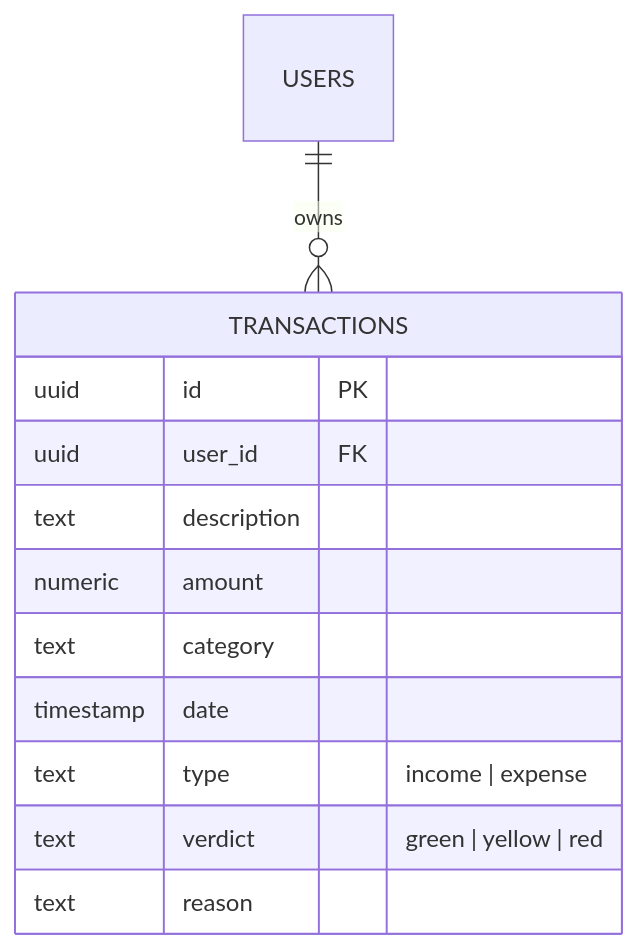
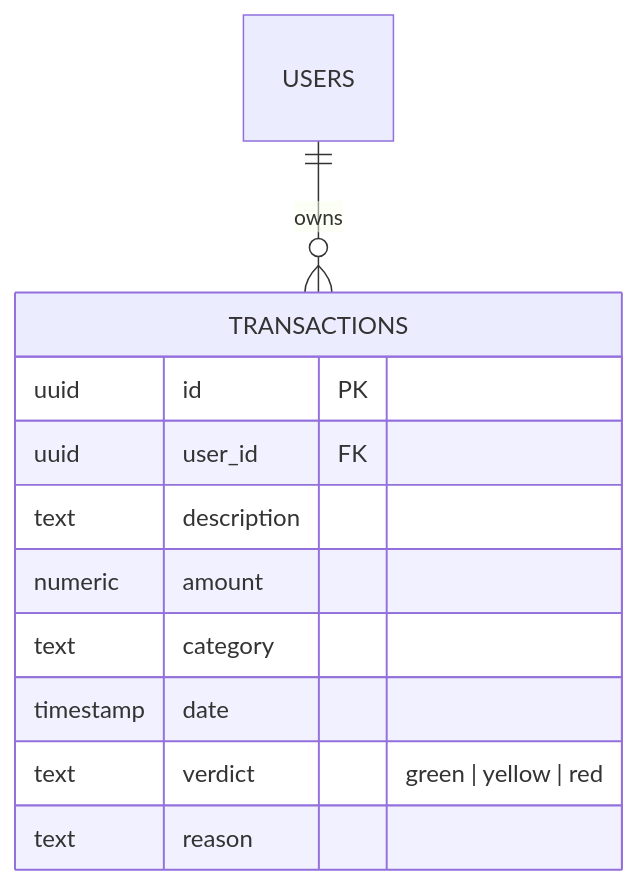
Before and after one commit to Artpannawat/Fintrack-AI: the diagram in README.md, drawn with Mermaid. The commit also changed other lines of this file, not shown here.

Commit message:
docs: finalize README with live demo and architecture details

````diff
--- a/README.md
+++ b/README.md
@@ -27,15 +27,14 @@
 ```mermaid
 erDiagram
     USERS ||--o{ TRANSACTIONS : "owns"
     TRANSACTIONS {
         uuid id PK
         uuid user_id FK
         text description
         numeric amount
         text category
         timestamp date
-        text type "income | expense"
         text verdict "green | yellow | red"
         text reason
     }
 ```
````
